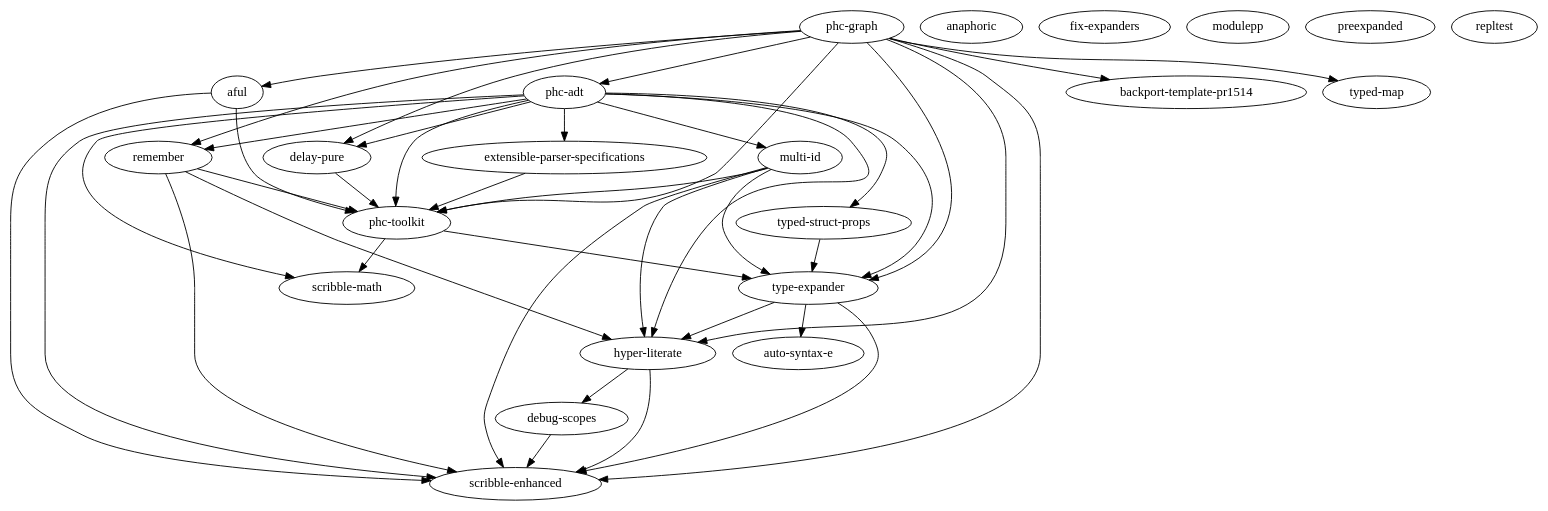
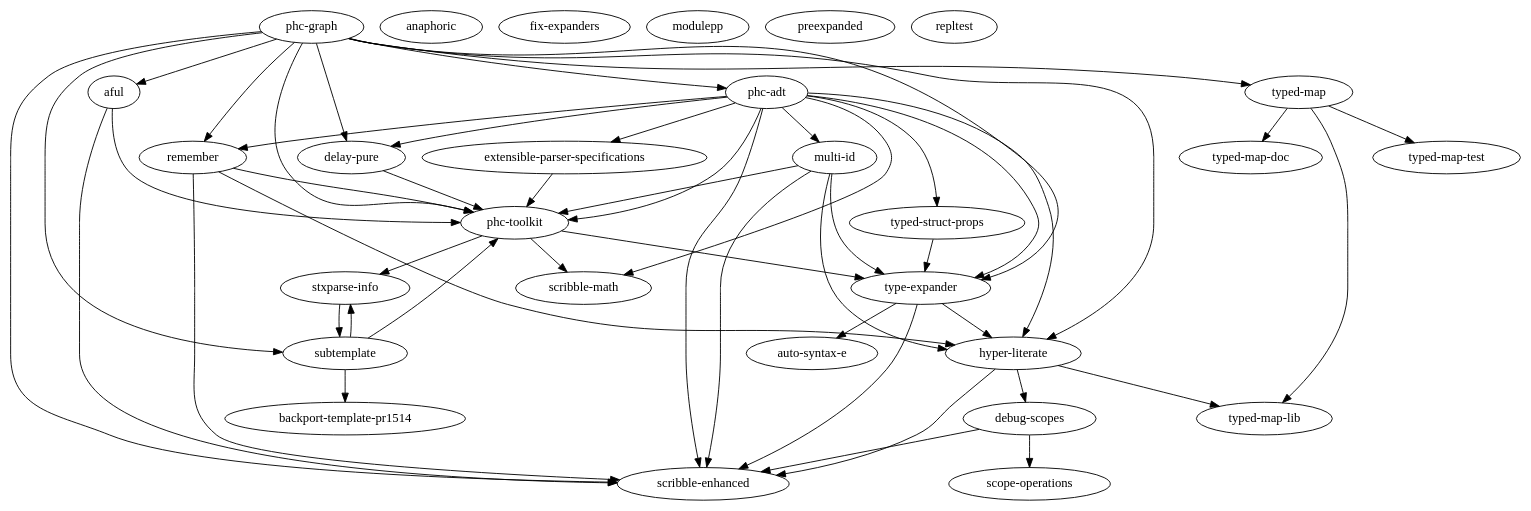
One commit to SuzanneSoy/my-racket-packages changed the diagram in packages.dot. Above: the diagram before and after it, drawn with Graphviz.

Commit message:
Updated dependency graph

```diff
--- a/packages.dot
+++ b/packages.dot
@@ -1,50 +1,65 @@
 digraph packages {
+  /* "phc-toolkit" [color=red]
+     "stxparse-info" [color=red]
+     "delay-pure" [color=red] */
+
   "aful" -> "phc-toolkit"
   "aful" -> "scribble-enhanced"
   "anaphoric"
   "auto-syntax-e"
   "debug-scopes" -> "scribble-enhanced"
+  "debug-scopes" -> "scope-operations"
   "delay-pure" -> "phc-toolkit"
   "extensible-parser-specifications" -> "phc-toolkit"
   "fix-expanders"
   "hyper-literate" -> "debug-scopes"
   "hyper-literate" -> "scribble-enhanced"
+  "hyper-literate" -> "typed-map-lib"
   "modulepp"
   "multi-id" -> "hyper-literate"
   "multi-id" -> "phc-toolkit"
   "multi-id" -> "scribble-enhanced"
   "multi-id" -> "type-expander"
   "phc-adt" -> "delay-pure"
   "phc-adt" -> "extensible-parser-specifications"
   "phc-adt" -> "hyper-literate"
   "phc-adt" -> "multi-id"
   "phc-adt" -> "phc-toolkit"
   "phc-adt" -> "remember"
   "phc-adt" -> "scribble-enhanced"
   "phc-adt" -> "scribble-math"
   "phc-adt" -> "typed-struct-props"
   "phc-adt" -> "type-expander"
   "phc-graph" -> "aful"
-  "phc-graph" -> "backport-template-pr1514"
   "phc-graph" -> "delay-pure"
   "phc-graph" -> "hyper-literate"
   "phc-graph" -> "phc-adt"
   "phc-graph" -> "phc-toolkit"
   "phc-graph" -> "remember"
   "phc-graph" -> "scribble-enhanced"
+  "phc-graph" -> "subtemplate"
   "phc-graph" -> "typed-map"
   "phc-graph" -> "type-expander"
   "phc-toolkit" -> "scribble-math"
   "phc-toolkit" -> "type-expander"
+  "phc-toolkit" -> "stxparse-info"
   "preexpanded"
   "remember" -> "hyper-literate"
   "remember" -> "phc-toolkit"
   "remember" -> "scribble-enhanced"
   "repltest"
+  "scope-operations"
   "scribble-enhanced"
   "scribble-math"
+  "stxparse-info" -> "subtemplate"
+  "subtemplate" -> "backport-template-pr1514"
+  "subtemplate" -> "phc-toolkit"
+  "subtemplate" -> "stxparse-info"
+  "typed-map" -> "typed-map-doc"
+  "typed-map" -> "typed-map-lib"
+  "typed-map" -> "typed-map-test"
   "typed-struct-props" -> "type-expander"
   "type-expander" -> "auto-syntax-e"
   "type-expander" -> "hyper-literate"
   "type-expander" -> "scribble-enhanced"
 }
```
